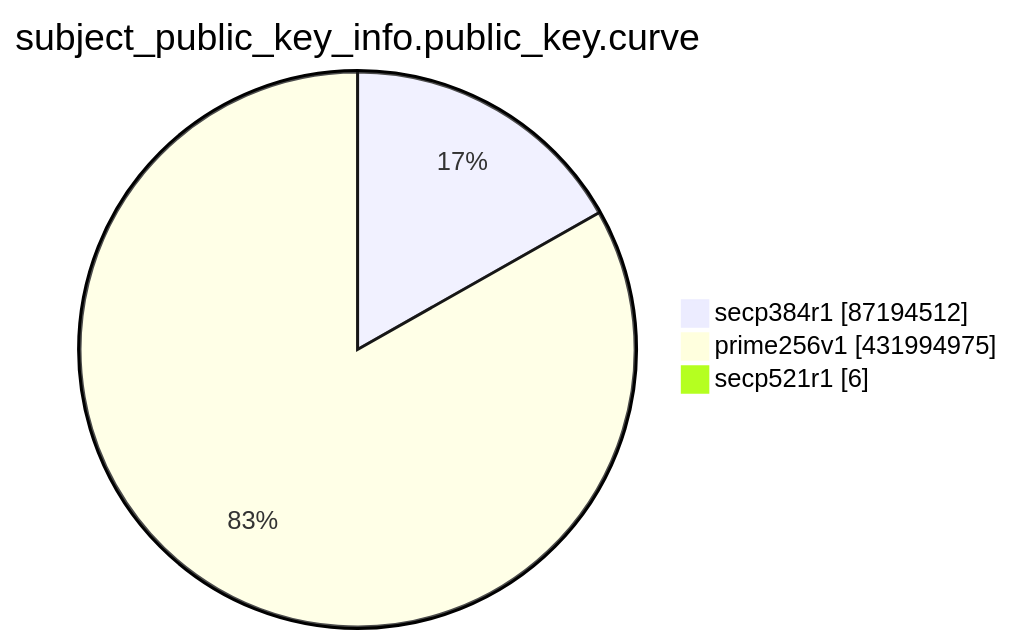
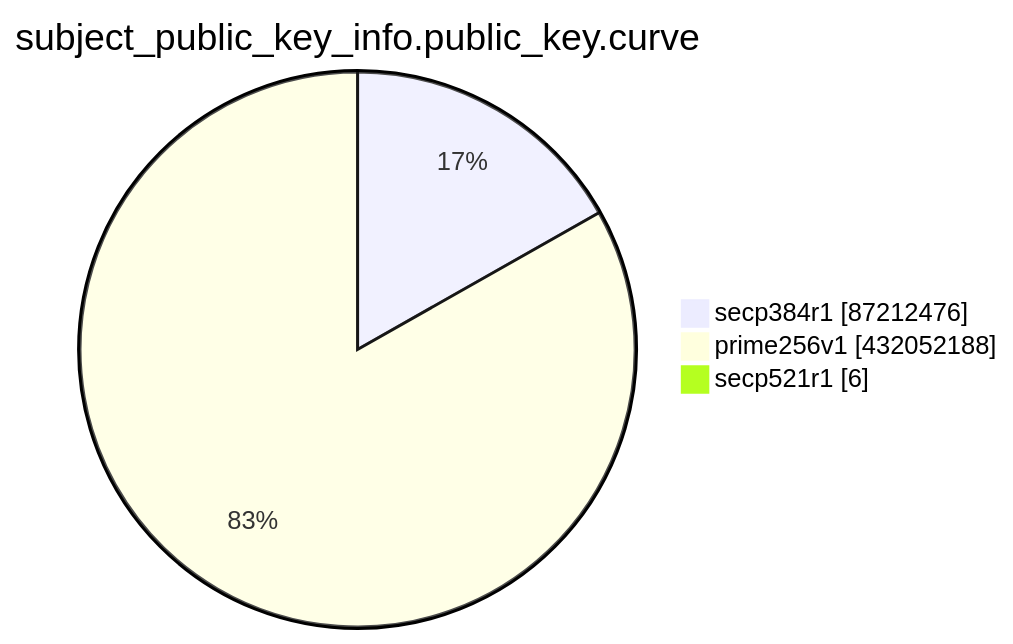
The eighth of 15 diagrams in TOTAL/README.md (christiankrug/ctmonitor_visualization), drawn with Mermaid before and after one commit. The commit also changed other lines of this file, not shown here.

````diff
--- a/TOTAL/README.md
+++ b/TOTAL/README.md
@@ -3100,7 +3100,7 @@
 ```mermaid
 pie showData
 title subject_public_key_info.public_key.curve
-"secp384r1" :87194512
-"prime256v1" :431994975
+"secp384r1" :87212476
+"prime256v1" :432052188
 "secp521r1" :6
 ```
````
